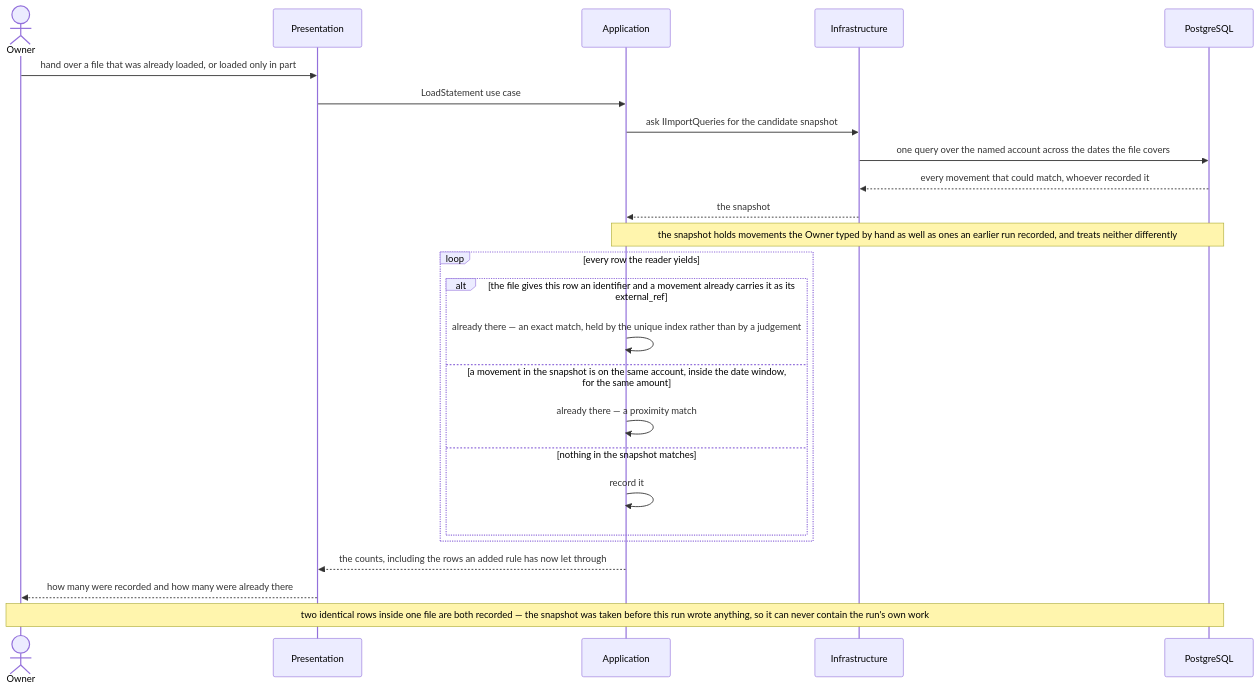
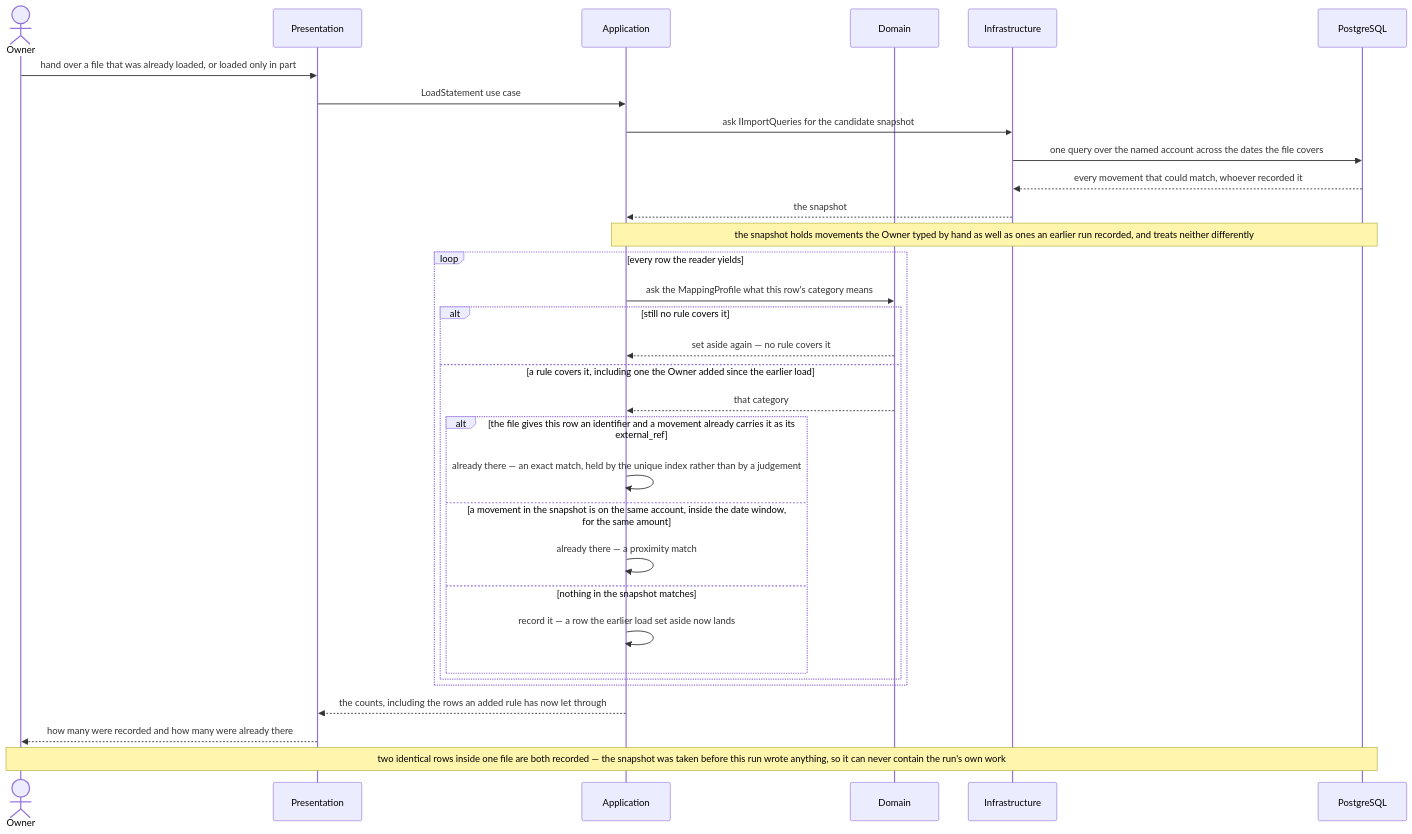
Before and after one commit to andrey-o-sim/FinNavis: the fifth of 8 diagrams in docs/features/csv-import/sad.md, drawn with Mermaid. The commit also changed other lines of this file, not shown here.

First line of the commit message:
sequences: audit csv-import §6 and close three coverage gaps

````diff
--- a/docs/features/csv-import/sad.md
+++ b/docs/features/csv-import/sad.md
@@ -554,28 +565,35 @@
 ```mermaid
 sequenceDiagram
     actor Owner
     participant Pres as Presentation
     participant App as Application
+    participant Dom as Domain
     participant Inf as Infrastructure
     participant PG as PostgreSQL
 
     Owner->>Pres: hand over a file that was already loaded, or loaded only in part
     Pres->>App: LoadStatement use case
     App->>Inf: ask IImportQueries for the candidate snapshot
     Inf->>PG: one query over the named account across the dates the file covers
     PG-->>Inf: every movement that could match, whoever recorded it
     Inf-->>App: the snapshot
     Note over App,PG: the snapshot holds movements the Owner typed by hand as well as ones an earlier run recorded, and treats neither differently
     loop every row the reader yields
-        alt the file gives this row an identifier and a movement already carries it as its external_ref
-            App->>App: already there — an exact match, held by the unique index rather than by a judgement
-        else a movement in the snapshot is on the same account, inside the date window, for the same amount
-            App->>App: already there — a proximity match
-        else nothing in the snapshot matches
-            App->>App: record it
+        App->>Dom: ask the MappingProfile what this row's category means
+        alt still no rule covers it
+            Dom-->>App: set aside again — no rule covers it
+        else a rule covers it, including one the Owner added since the earlier load
+            Dom-->>App: that category
+            alt the file gives this row an identifier and a movement already carries it as its external_ref
+                App->>App: already there — an exact match, held by the unique index rather than by a judgement
+            else a movement in the snapshot is on the same account, inside the date window, for the same amount
+                App->>App: already there — a proximity match
+            else nothing in the snapshot matches
+                App->>App: record it — a row the earlier load set aside now lands
+            end
         end
     end
     App-->>Pres: the counts, including the rows an added rule has now let through
     Pres-->>Owner: how many were recorded and how many were already there
     Note over Owner,PG: two identical rows inside one file are both recorded — the snapshot was taken before this run wrote anything, so it can never contain the run's own work
 ```
````
